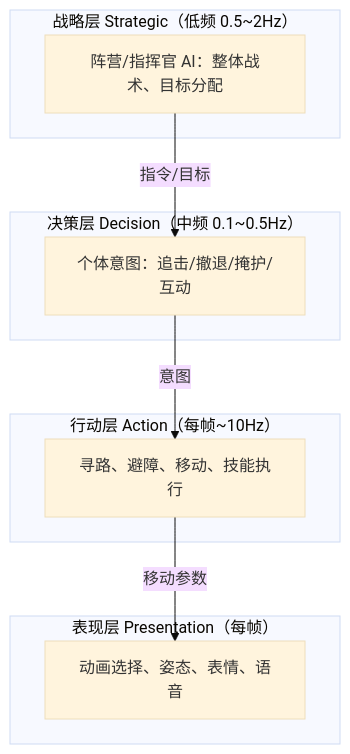
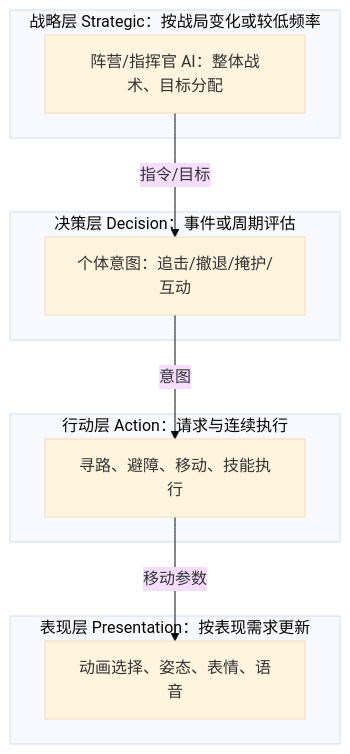
Before and after one commit to fantuan812/learning: the second of 4 diagrams in 知识/06-游戏AI/感知决策与行为规划/01-AI总体架构与感知.md, drawn with Mermaid (base theme). The commit also changed other lines of this file and 2 other files, not shown here.

````diff
--- a/知识/06-游戏AI/感知决策与行为规划/01-AI总体架构与感知.md
+++ b/知识/06-游戏AI/感知决策与行为规划/01-AI总体架构与感知.md
@@ -112,18 +96,18 @@
 ```mermaid
 flowchart TB
-    subgraph L0[战略层 Strategic（低频 0.5~2Hz）]
+    subgraph L0[战略层 Strategic：按战局变化或较低频率]
         A1[阵营/指挥官 AI：整体战术、目标分配]
     end
-    subgraph L1[决策层 Decision（中频 0.1~0.5Hz）]
+    subgraph L1[决策层 Decision：事件或周期评估]
         B1[个体意图：追击/撤退/掩护/互动]
     end
-    subgraph L2[行动层 Action（每帧~10Hz）]
+    subgraph L2[行动层 Action：请求与连续执行]
         C1[寻路、避障、移动、技能执行]
     end
-    subgraph L3[表现层 Presentation（每帧）]
+    subgraph L3[表现层 Presentation：按表现需求更新]
         D1[动画选择、姿态、表情、语音]
     end
     A1 -->|指令/目标| B1
     B1 -->|意图| C1
     C1 -->|移动参数| D1
 ```
````
